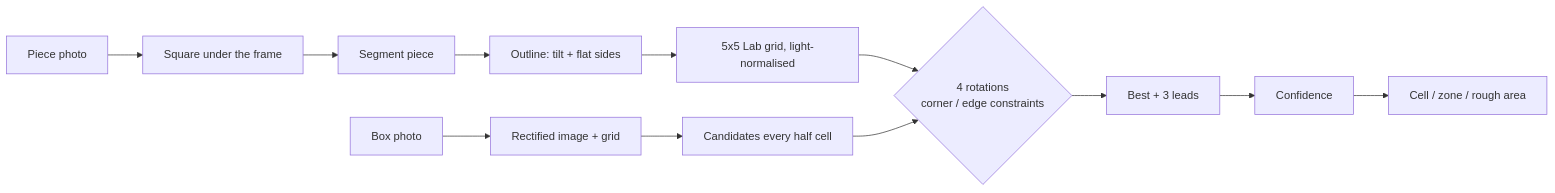
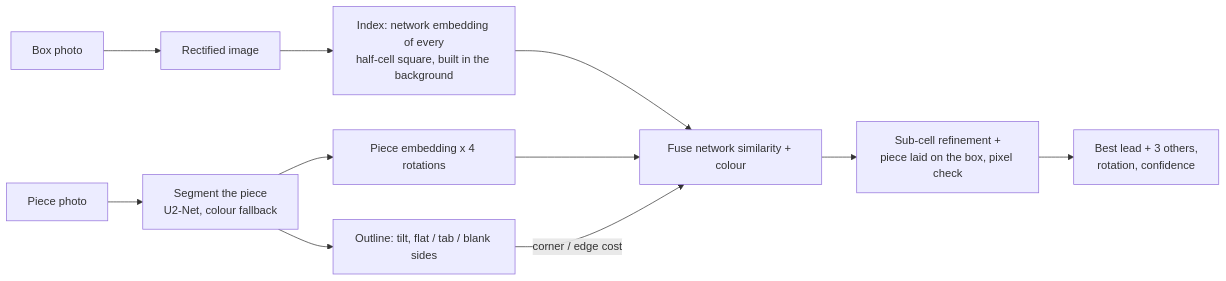
The first of 3 diagrams in README.md (LilyanLefevre/PuzzleHelper), drawn with Mermaid before and after one commit. The commit also changed other lines of this file and 6 other files, not shown here.

Commit message:
docs: README with a demo gif, current screenshots, accuracy table and architecture diagrams

````diff
--- a/README.md
+++ b/README.md
@@ -29,9 +34,12 @@
 ```mermaid
 flowchart LR
-  A[Box photo] --> B[Rectified image + grid]
-  P[Piece photo] --> C[Square under the frame] --> D[Segment piece] --> O[Outline: tilt + flat sides] --> E[5x5 Lab grid, light-normalised]
-  B --> F[Candidates every half cell]
-  E --> G{4 rotations<br/>corner / edge constraints}
-  F --> G --> H[Best + 3 leads] --> I[Confidence]
-  I --> J[Cell / zone / rough area]
+  B[Box photo] --> R[Rectified image]
+  R --> X[Index: network embedding of every<br/>half-cell square, built in the background]
+  P[Piece photo] --> S[Segment the piece<br/>U2-Net, colour fallback]
+  S --> O[Outline: tilt, flat / tab / blank sides]
+  S --> E[Piece embedding x 4 rotations]
+  X & E --> F[Fuse network similarity + colour]
+  O -->|corner / edge cost| F
+  F --> V[Sub-cell refinement +<br/>piece laid on the box, pixel check]
+  V --> L[Best lead + 3 others,<br/>rotation, confidence]
 ```
````
